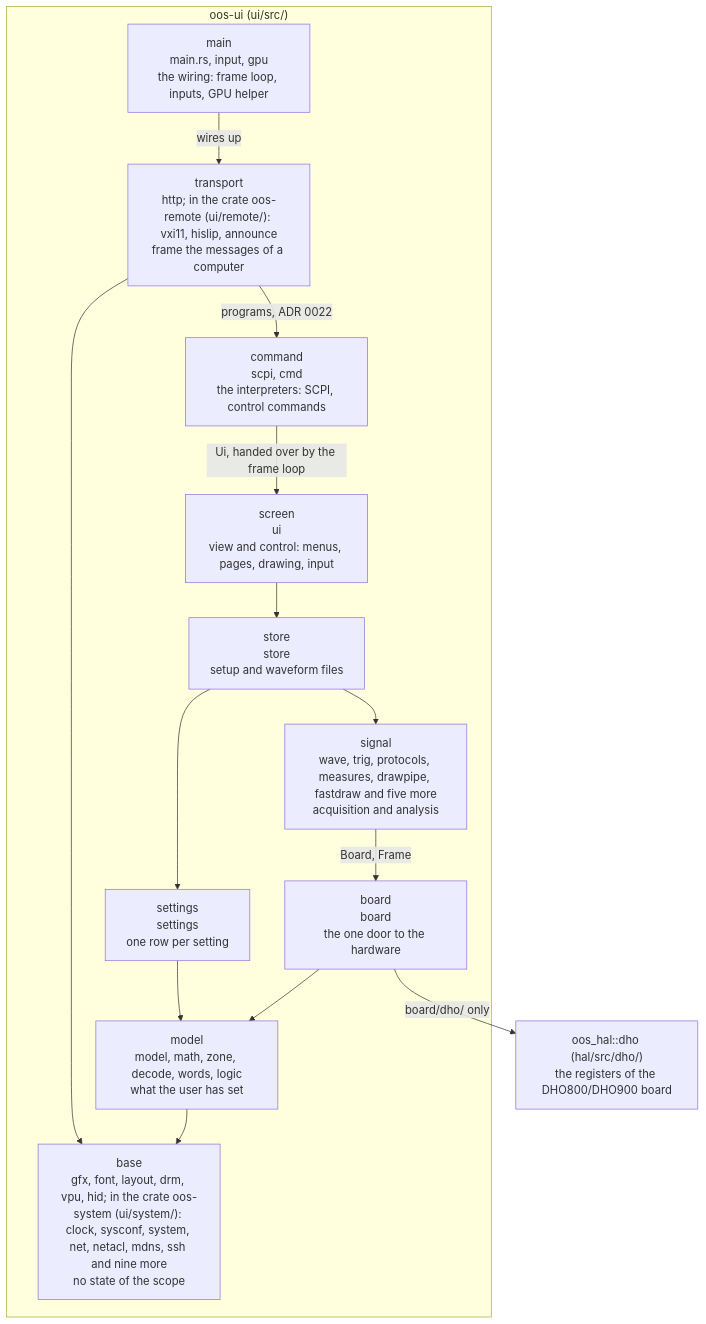
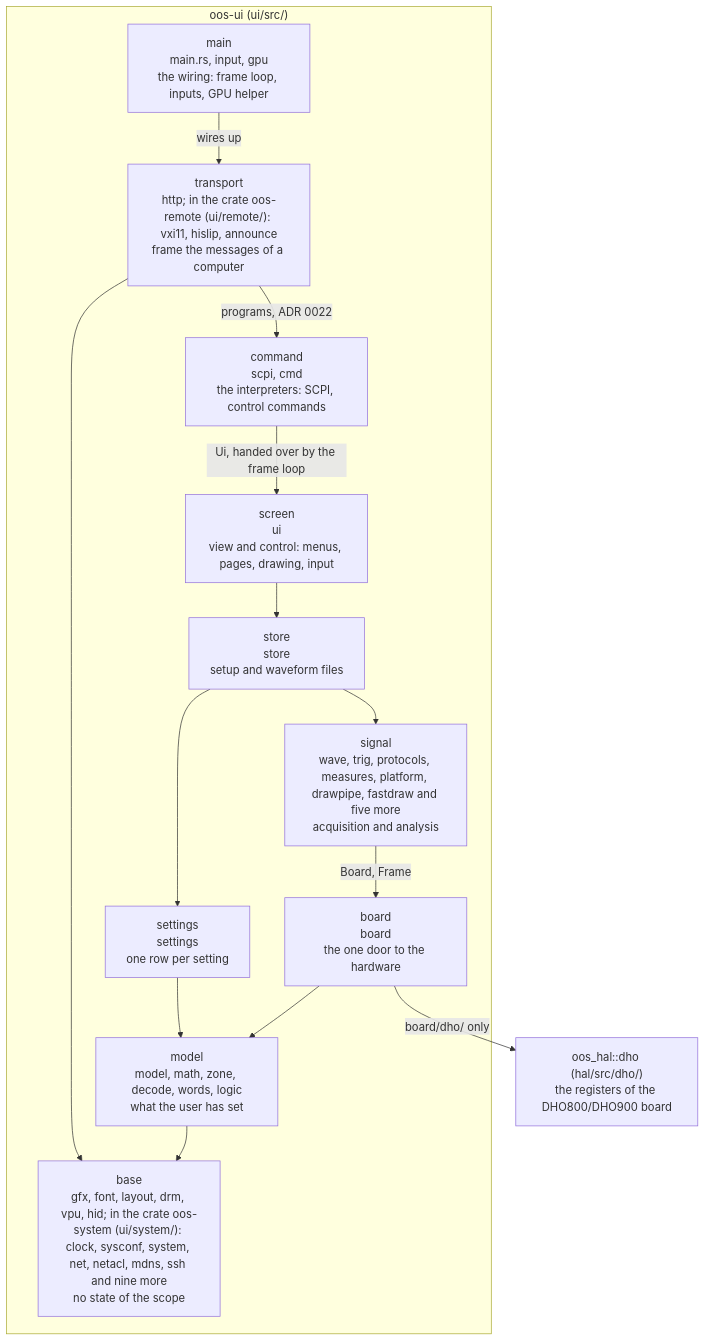
The fourth of 4 diagrams in docs/architecture.md (deckerjulian/oos), drawn with Mermaid before and after one commit. The commit also changed 17 other files, not shown here.

````diff
--- a/docs/architecture.md
+++ b/docs/architecture.md
@@ -222,28 +222,28 @@
 ```mermaid
 flowchart TB
     subgraph uiL["oos-ui (ui/src/)"]
         main["main<br/>main.rs, input, gpu<br/>the wiring: frame loop, inputs, GPU helper"]
         transport["transport<br/>http; in the crate oos-remote (ui/remote/): vxi11, hislip, announce<br/>frame the messages of a computer"]
         command["command<br/>scpi, cmd<br/>the interpreters: SCPI, control commands"]
         screen["screen<br/>ui<br/>view and control: menus, pages, drawing, input"]
         store["store<br/>store<br/>setup and waveform files"]
-        signal["signal<br/>wave, trig, protocols, measures, drawpipe, fastdraw and five more<br/>acquisition and analysis"]
+        signal["signal<br/>wave, trig, protocols, measures, platform, drawpipe, fastdraw and five more<br/>acquisition and analysis"]
         settings["settings<br/>settings<br/>one row per setting"]
         board["board<br/>board<br/>the one door to the hardware"]
         model["model<br/>model, math, zone, decode, words, logic<br/>what the user has set"]
         base["base<br/>gfx, font, layout, drm, vpu, hid; in the crate oos-system (ui/system/): clock, sysconf, system, net, netacl, mdns, ssh and nine more<br/>no state of the scope"]
     end
     hal["oos_hal::dho (hal/src/dho/)<br/>the registers of the DHO800/DHO900 board"]
     main -- "wires up" --> transport
     transport -- "programs, ADR 0022" --> command
     transport --> base
     command -- "Ui, handed over by the frame loop" --> screen
     screen --> store
     store --> signal
     store --> settings
     signal -- "Board, Frame" --> board
     settings --> model
     board --> model
     model --> base
     board -- "board/dho/ only" --> hal
 ```
````
